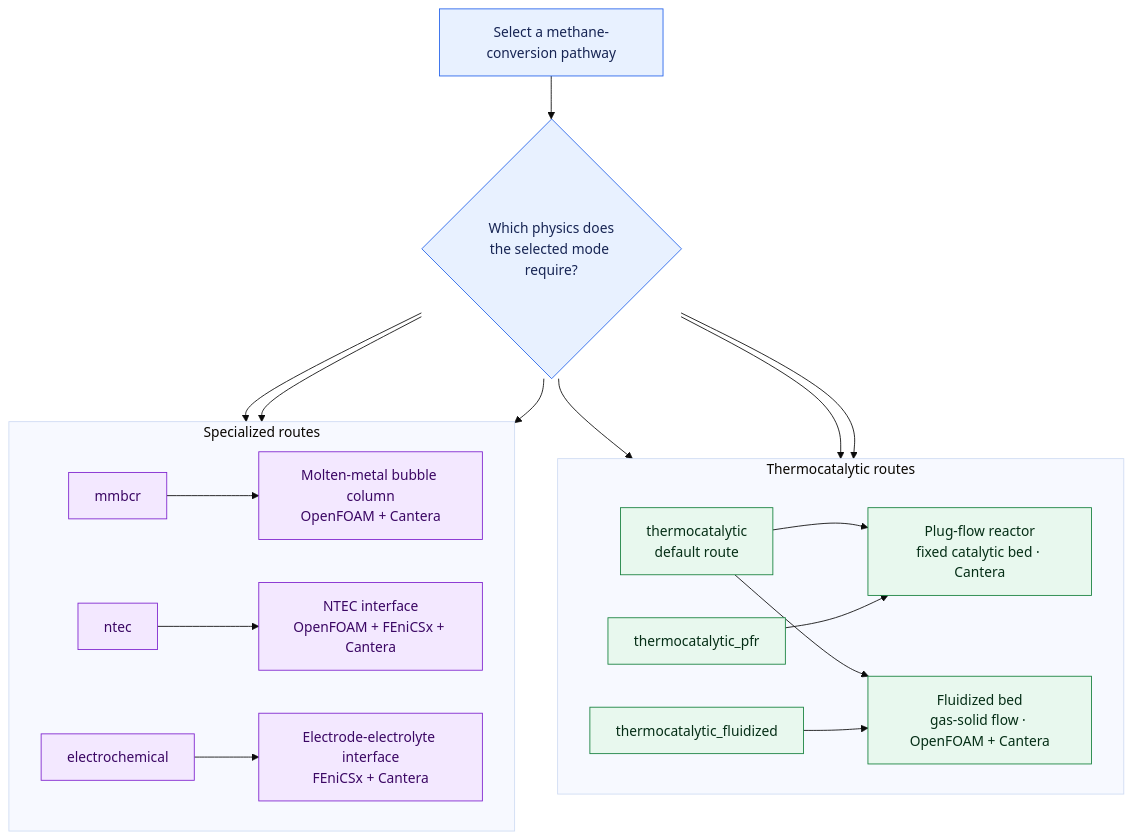
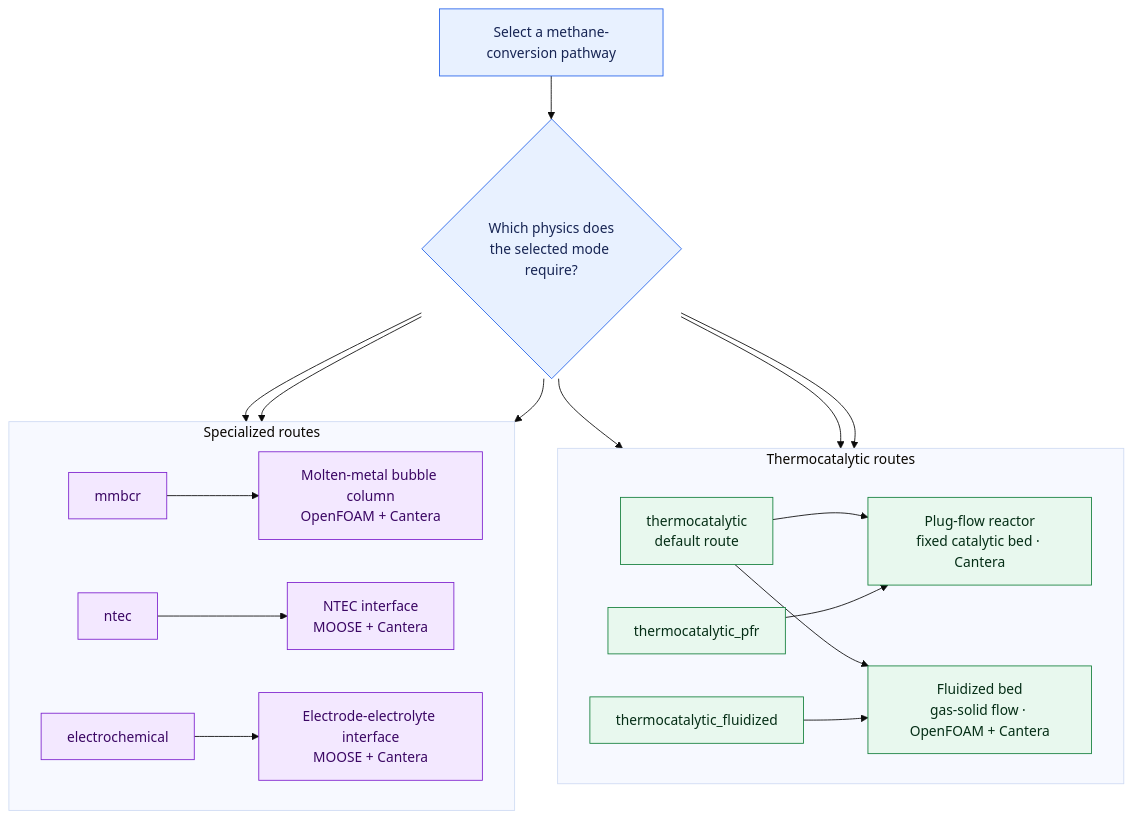
The fifth of 9 diagrams in docs/ARCHITECTURE_DIAGRAMS.md (YungRaj/hydrogen), drawn with Mermaid (base theme) before and after one commit. The commit also changed other lines of this file and 12 other files, not shown here.

````diff
--- a/docs/ARCHITECTURE_DIAGRAMS.md
+++ b/docs/ARCHITECTURE_DIAGRAMS.md
@@ -219,46 +219,46 @@
 ```mermaid
 flowchart TB
     REQUEST["Select a methane-conversion pathway"]
     MODE{"Which physics does<br/>the selected mode require?"}
 
     subgraph THERMAL["Thermocatalytic routes"]
         direction LR
         DEFAULT["thermocatalytic<br/>default route"]
         PFR_MODE["thermocatalytic_pfr"]
         FLUID_MODE["thermocatalytic_fluidized"]
         PFR["Plug-flow reactor<br/>fixed catalytic bed · Cantera"]
         FLUID["Fluidized bed<br/>gas-solid flow · OpenFOAM + Cantera"]
         DEFAULT --> PFR
         DEFAULT --> FLUID
         PFR_MODE --> PFR
         FLUID_MODE --> FLUID
     end
 
     subgraph SPECIALIZED["Specialized routes"]
         direction LR
         MMB_MODE["mmbcr"]
         NTEC_MODE["ntec"]
         ELECTRO_MODE["electrochemical"]
         MMB["Molten-metal bubble column<br/>OpenFOAM + Cantera"]
-        NTEC["NTEC interface<br/>OpenFOAM + FEniCSx + Cantera"]
-        ELECTRO["Electrode-electrolyte interface<br/>FEniCSx + Cantera"]
+        NTEC["NTEC interface<br/>MOOSE + Cantera"]
+        ELECTRO["Electrode-electrolyte interface<br/>MOOSE + Cantera"]
         MMB_MODE --> MMB
         NTEC_MODE --> NTEC
         ELECTRO_MODE --> ELECTRO
     end
 
     REQUEST --> MODE
     MODE --> DEFAULT
     MODE --> PFR_MODE
     MODE --> FLUID_MODE
     MODE --> MMB_MODE
     MODE --> NTEC_MODE
     MODE --> ELECTRO_MODE
 
     classDef control fill:#e8f1ff,stroke:#2563eb,color:#172554
     classDef thermal fill:#e8f8ee,stroke:#15803d,color:#052e16
     classDef specialized fill:#f3e8ff,stroke:#7e22ce,color:#3b0764
     class REQUEST,MODE control
     class DEFAULT,PFR_MODE,FLUID_MODE,PFR,FLUID thermal
     class MMB_MODE,NTEC_MODE,ELECTRO_MODE,MMB,NTEC,ELECTRO specialized
 ```
````
